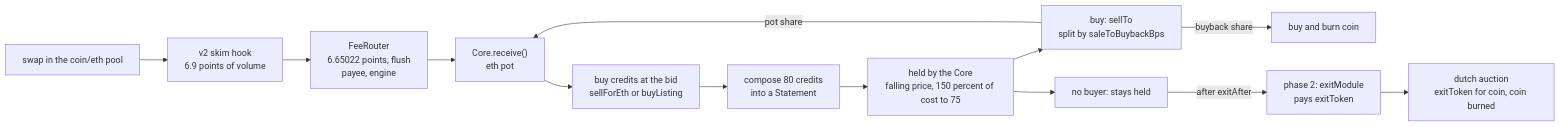
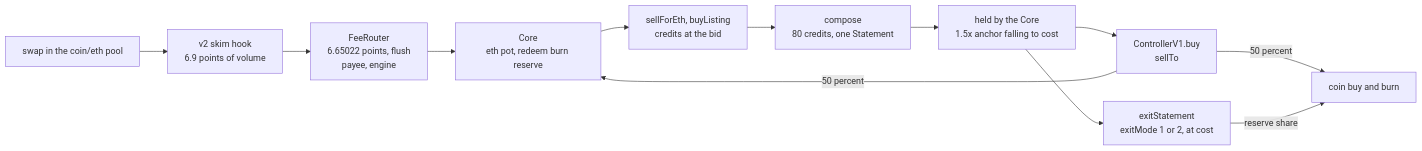
One commit to moose-code/cc changed the diagram in README.md. Above: the diagram before and after it, drawn with Mermaid. The commit also changed other lines of this file, not shown here.

Commit message:
README describes the engine as built: sale at a falling price to cost, 50 percent buy and burn, redeem burn reserve, phase 2 exitMode, per-file tests and candidate-only full runs, one deploy path

````diff
--- a/README.md
+++ b/README.md
@@ -21,28 +16,20 @@
 ```mermaid
 graph LR
     swap["swap in the coin/eth pool"]
     hook["v2 skim hook<br/>6.9 points of volume"]
     router["FeeRouter<br/>6.65022 points, flush<br/>payee, engine"]
-    pot["Core.receive()<br/>eth pot"]
-    buy["buy credits at the bid<br/>sellForEth or buyListing"]
-    compose["compose 80 credits<br/>into a Statement"]
-    held["held by the Core<br/>falling price, 150 percent of cost to 75"]
-    sold["buy: sellTo<br/>split by saleToBuybackBps"]
-    unsold["no buyer: stays held"]
-    burn["buy and burn coin"]
-    exit["phase 2: exitModule<br/>pays exitToken"]
-    dutch["dutch auction<br/>exitToken for coin, coin burned"]
+    core["Core<br/>eth pot, redeem burn reserve"]
+    buy["sellForEth, buyListing<br/>credits at the bid"]
+    compose["compose<br/>80 credits, one Statement"]
+    held["held by the Core<br/>1.5x anchor falling to cost"]
+    sold["ControllerV1.buy<br/>sellTo"]
+    burn["coin buy and burn"]
+    exit["exitStatement<br/>exitMode 1 or 2, at cost"]
 
-    swap --> hook
-    hook --> router
-    router --> pot
-    pot --> buy
-    buy --> compose
-    compose --> held
+    swap --> hook --> router --> core --> buy --> compose --> held
     held --> sold
-    held --> unsold
-    sold -->|pot share| pot
-    sold -->|buyback share| burn
-    unsold -->|after exitAfter| exit
-    exit --> dutch
+    held --> exit
+    sold -->|50 percent| burn
+    sold -->|50 percent| core
+    exit -->|reserve share| burn
 ```
````
